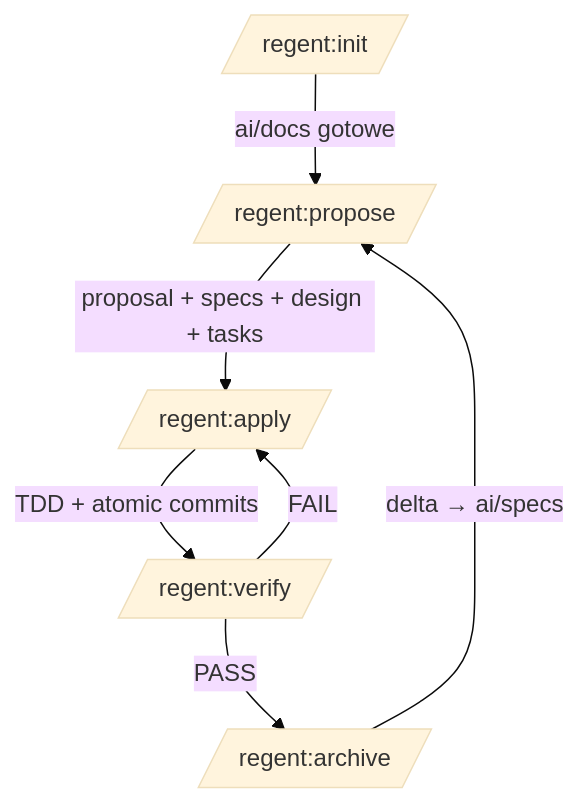
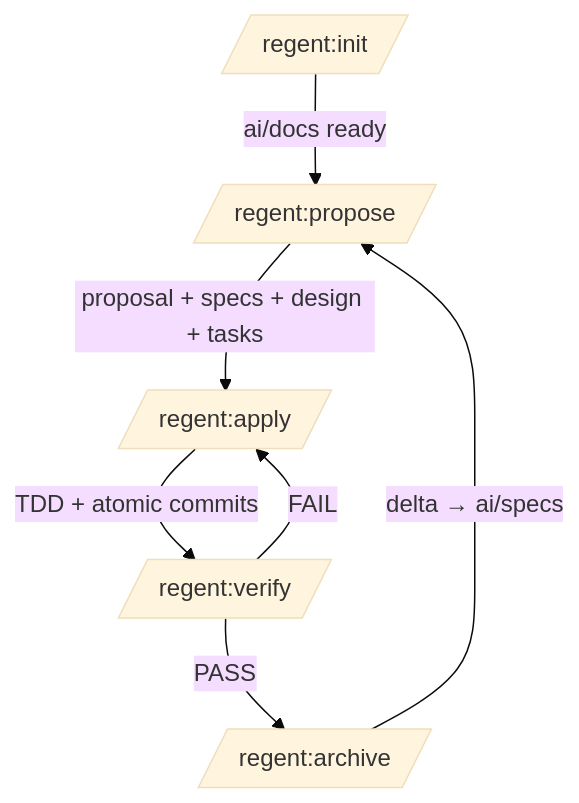
Before and after one commit to DanielDrzazga/regent: the diagram in docs/workflow.md, drawn with Mermaid (base theme). The commit also changed other lines of this file and 70 other files, not shown here.

````diff
--- a/docs/workflow.md
+++ b/docs/workflow.md
@@ -8,9 +8,9 @@
 ```mermaid
 flowchart TD
-  I[/regent:init/] -->|ai/docs gotowe| P[/regent:propose/]
+  I[/regent:init/] -->|ai/docs ready| P[/regent:propose/]
   P -->|proposal + specs + design + tasks| A[/regent:apply/]
   A -->|TDD + atomic commits| V[/regent:verify/]
   V -->|PASS| Ar[/regent:archive/]
   V -->|FAIL| A
   Ar -->|delta → ai/specs| P
 ```
````
